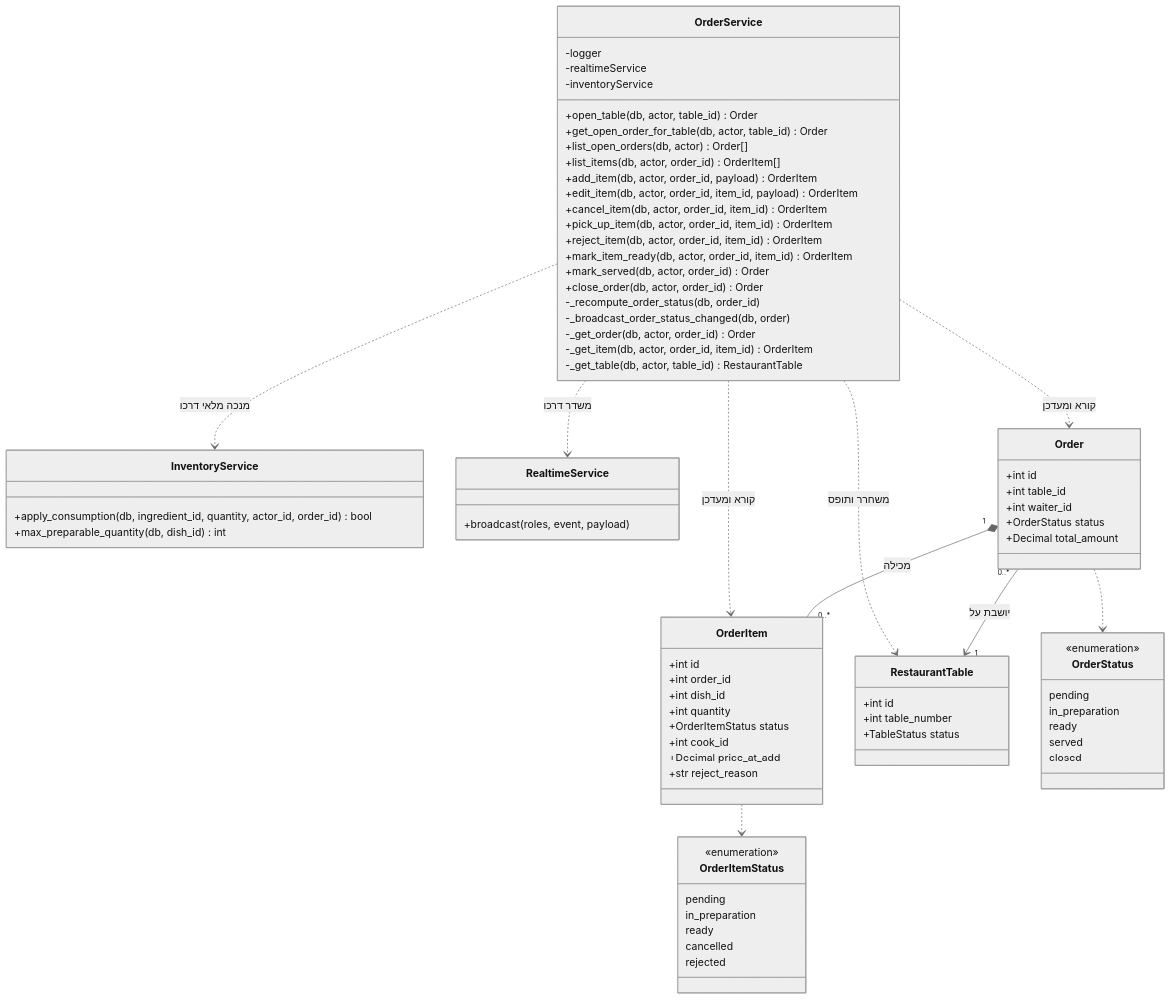
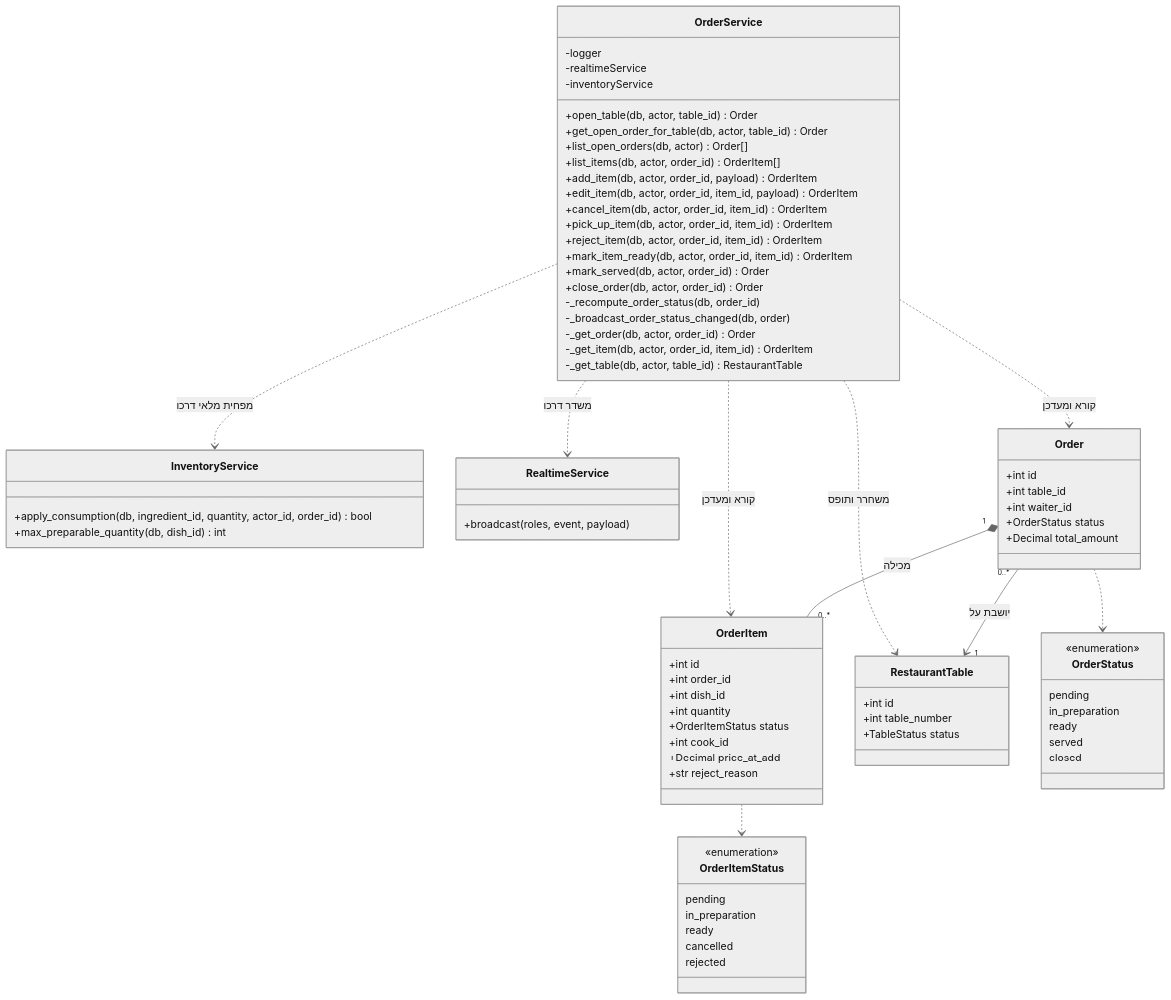
One commit to RonZaretsky/Restaurant-Kitchen-Management-System changed the diagram in מסמכים/הגשה/diagrams/class-orders.md. Above: the diagram before and after it, drawn with Mermaid (neutral theme). The commit also changed 18 other files, not shown here.

```diff
--- a/מסמכים/הגשה/diagrams/class-orders.md
+++ b/מסמכים/הגשה/diagrams/class-orders.md
@@ -79,7 +79,7 @@
         rejected
     }
 
-    OrderService ..> InventoryService : מנכה מלאי דרכו
+    OrderService ..> InventoryService : מפחית מלאי דרכו
     OrderService ..> RealtimeService : משדר דרכו
     OrderService ..> Order : קורא ומעדכן
     OrderService ..> OrderItem : קורא ומעדכן
```
